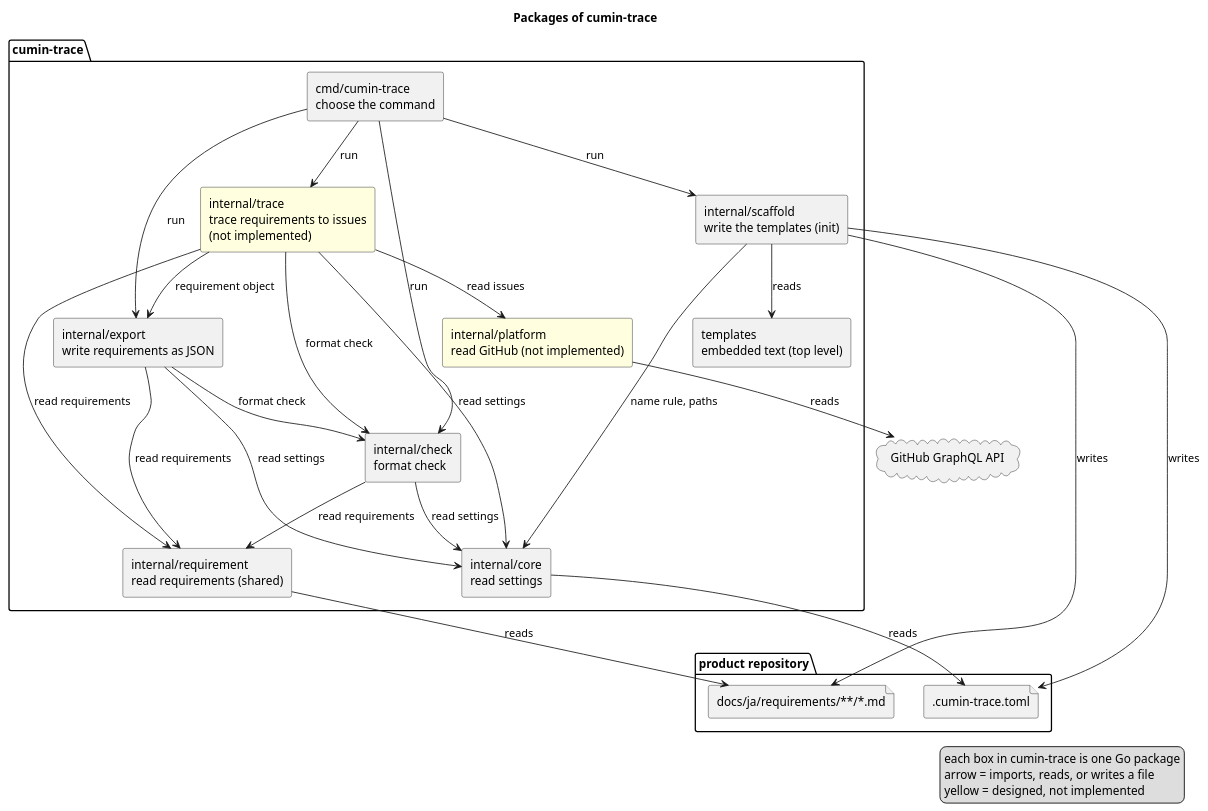
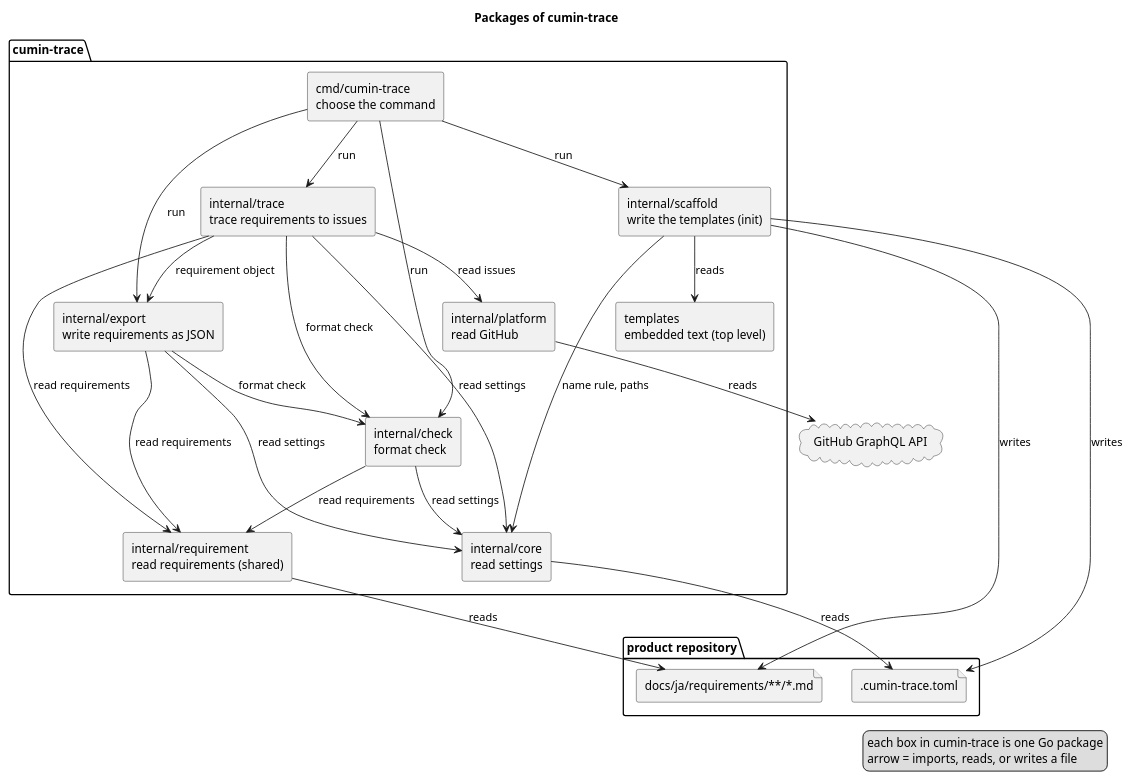
Before and after one commit to cloveclovedev/cumin-trace: the diagram in docs/ja/architecture/overview.puml, drawn with PlantUML. The commit also changed 1 other file, not shown here.

Commit message:
docs(architecture): mark internal/trace and internal/platform as implemented

```diff
--- a/docs/ja/architecture/overview.puml
+++ b/docs/ja/architecture/overview.puml
@@ -1,52 +1,51 @@
 @startuml overview
 title Packages of cumin-trace
 skinparam shadowing false
 skinparam componentStyle rectangle
 
 package "product repository" {
   file ".cumin-trace.toml" as toml
   file "docs/ja/requirements/**/*.md" as docs
 }
 
 package "cumin-trace" {
   [cmd/cumin-trace\nchoose the command] as cmd
   [internal/check\nformat check] as check
   [internal/requirement\nread requirements (shared)] as requirement
   [internal/core\nread settings] as core
   [internal/export\nwrite requirements as JSON] as export
   [internal/scaffold\nwrite the templates (init)] as scaffold
   [templates\nembedded text (top level)] as templates
-  [internal/trace\ntrace requirements to issues\n(not implemented)] as trace #LightYellow
-  [internal/platform\nread GitHub (not implemented)] as platform #LightYellow
+  [internal/trace\ntrace requirements to issues] as trace
+  [internal/platform\nread GitHub] as platform
 }
 
 cloud "GitHub GraphQL API" as api
 
 cmd --> check : run
 cmd --> export : run
 cmd --> scaffold : run
 cmd --> trace : run
 export --> check : format check
 export --> requirement : read requirements
 export --> core : read settings
 trace --> check : format check
 trace --> requirement : read requirements
 trace --> core : read settings
 trace --> export : requirement object
 trace --> platform : read issues
 platform --> api : reads
 scaffold --> templates : reads
 scaffold --> core : name rule, paths
 scaffold --> toml : writes
 scaffold --> docs : writes
 check --> requirement : read requirements
 check --> core : read settings
 core --> toml : reads
 requirement --> docs : reads
 
 legend right
   each box in cumin-trace is one Go package
   arrow = imports, reads, or writes a file
-  yellow = designed, not implemented
 endlegend
 @enduml
```
